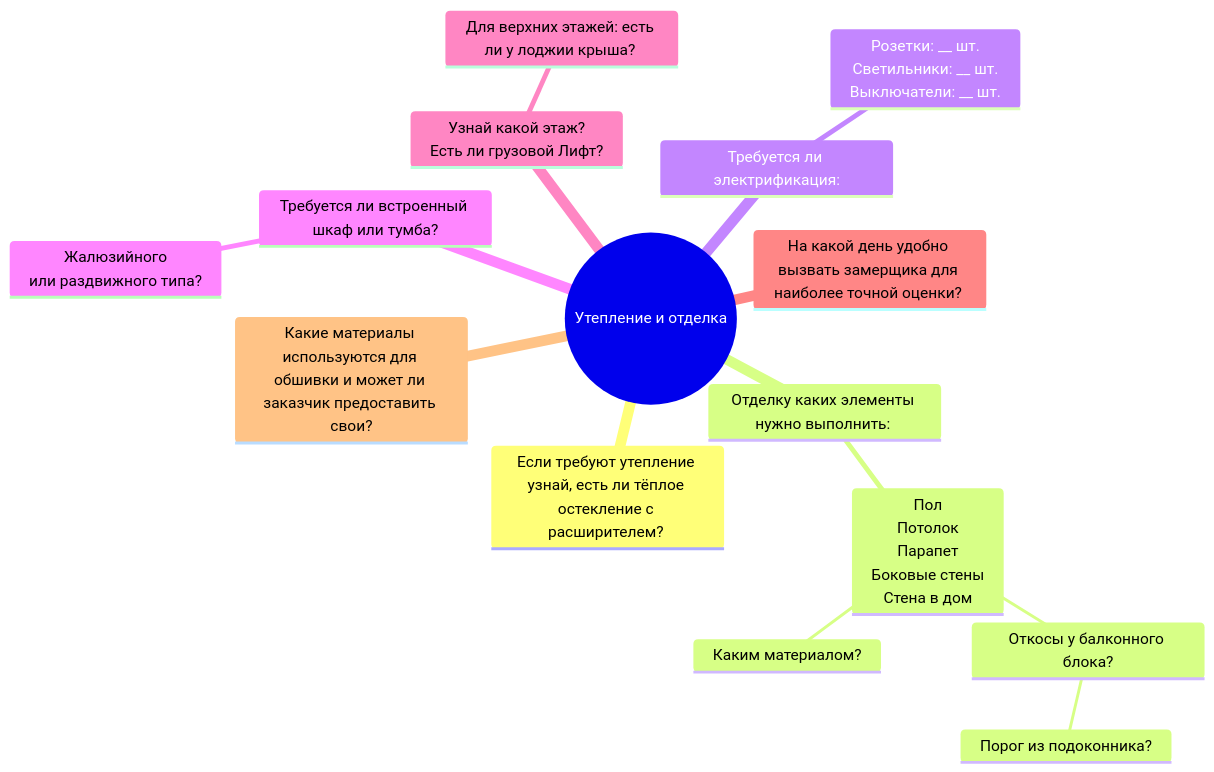
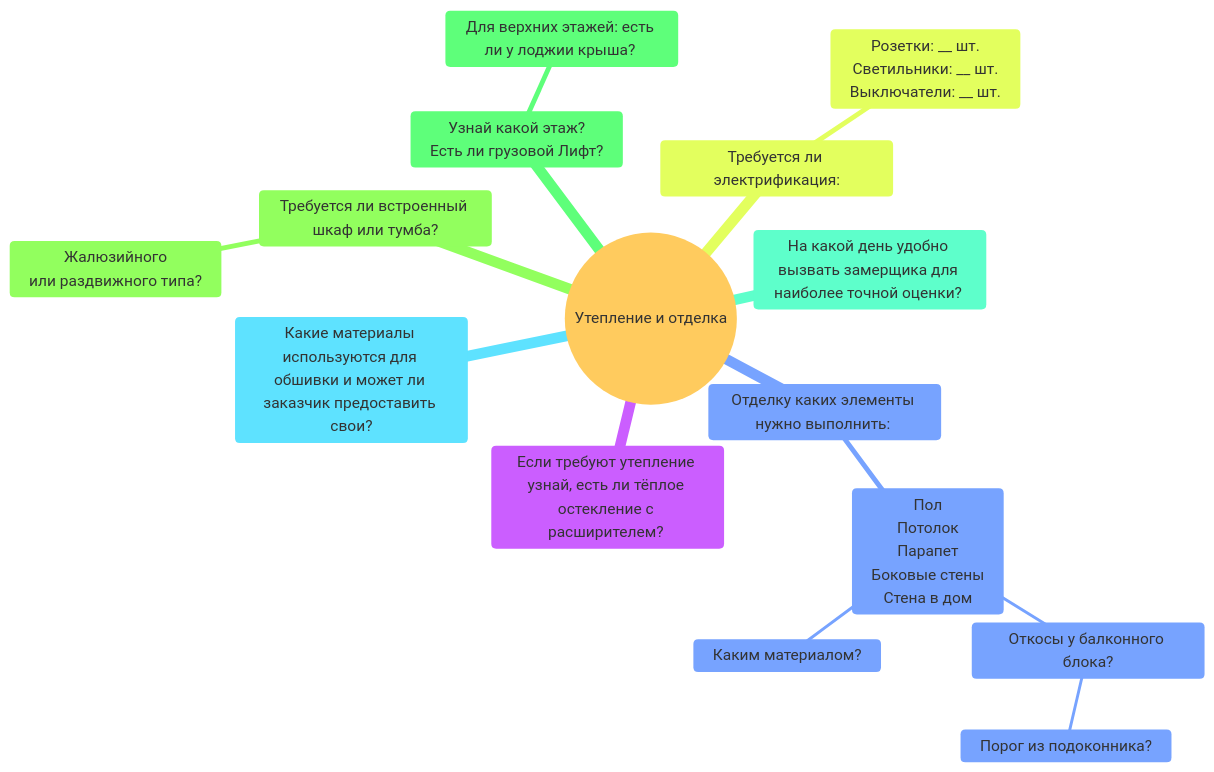
The fifth of 6 diagrams in content/questions.md (NazarovKI/knowledge), drawn with Mermaid before and after one commit. The commit also changed other lines of this file and 1 other file, not shown here.

First line of the commit message:
Настроил диаграммы

````diff
--- a/content/questions.md
+++ b/content/questions.md
@@ -57,18 +77,23 @@
 ```mermaid 
+--- 
+config: 
+  logLevel: 'debug' 
+  theme: 'base' 
+---
 mindmap
   root((Утепление и отделка))
     Если требуют утепление узнай, есть ли тёплое остекление с расширителем? 
     Отделку каких элементы нужно выполнить: 
         Пол<br>Потолок<br>Парапет<br>Боковые стены<br>Стена в дом
             Откосы у балконного блока?<br>
                 Порог из подоконника?
 	        Каким материалом?
     Требуется ли электрификация:
         Розетки: __ шт.<br>Светильники: __ шт.<br>Выключатели: __ шт.
     Требуется ли встроенный шкаф или тумба?
         Жалюзийного<br>или раздвижного типа?
     Узнай какой этаж?<br>Есть ли грузовой Лифт?
         Для верхних этажей: есть ли у лоджии крыша? 
     На какой день удобно вызвать замерщика для наиболее точной оценки? 
     Какие материалы используются для обшивки и может ли заказчик предоставить свои?
 ```
````
